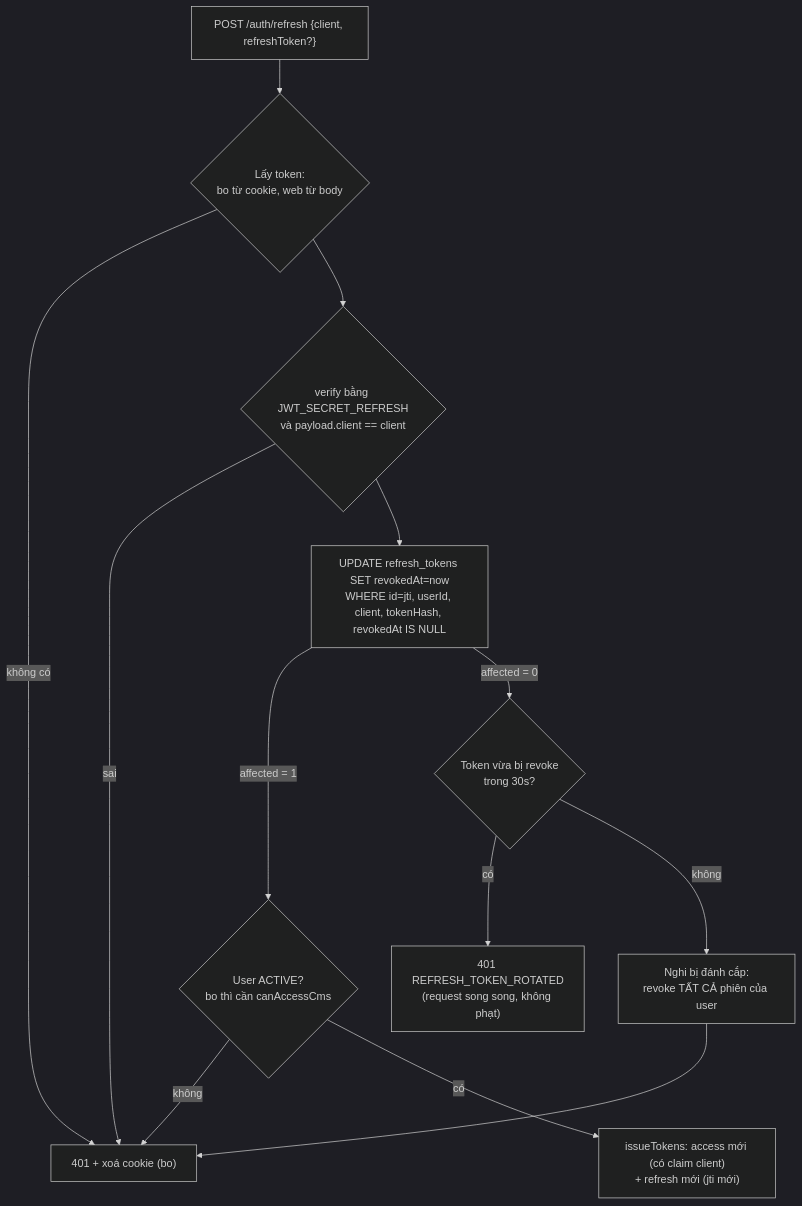
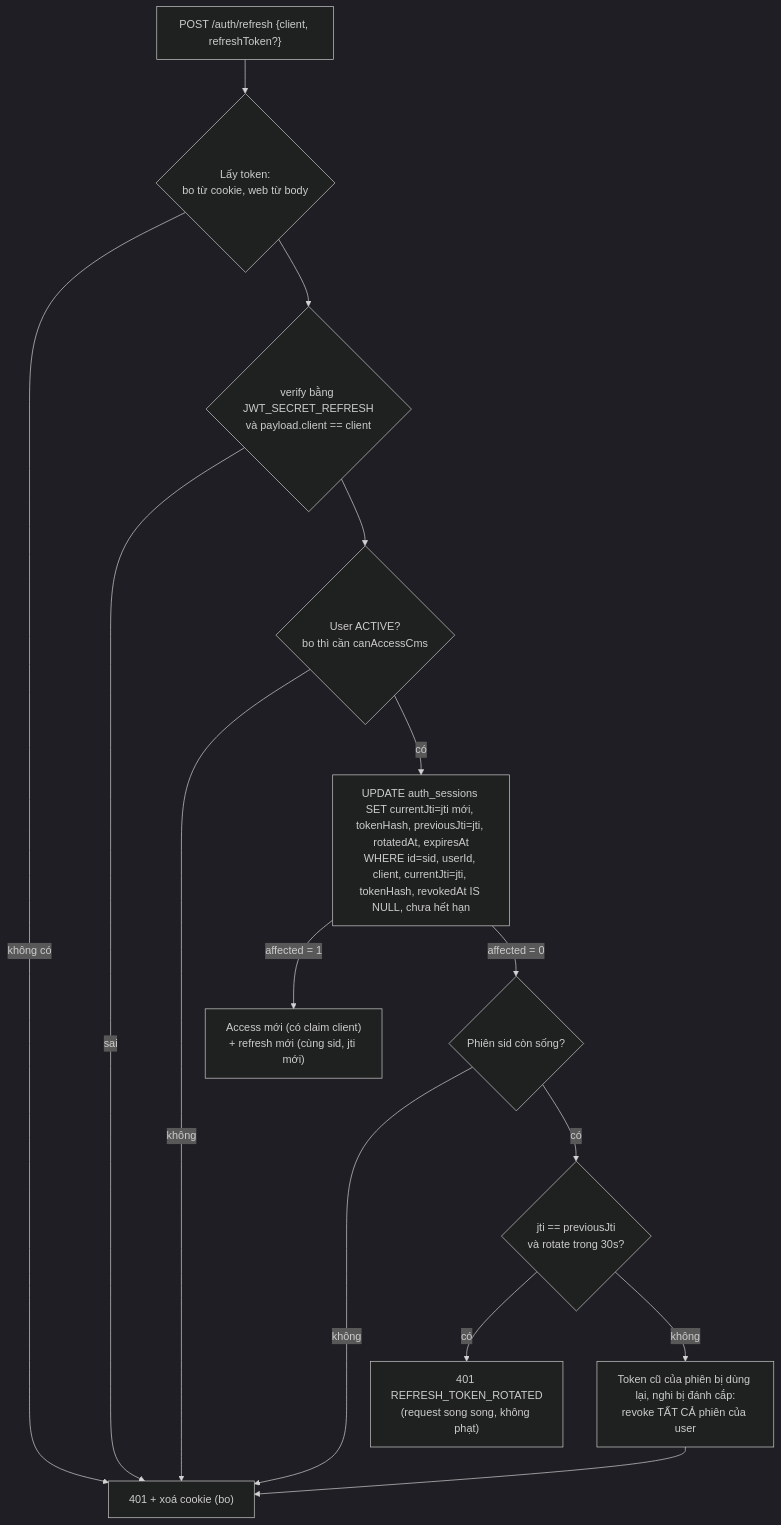
The eighth of 8 diagrams in docs/auth-flow.md (TriThuc2321/english-service), drawn with Mermaid (dark theme) before and after one commit. The commit also changed other lines of this file and 7 other files, not shown here.

````diff
--- a/docs/auth-flow.md
+++ b/docs/auth-flow.md
@@ -195,14 +195,16 @@
 ```mermaid
 flowchart TD
   A["POST /auth/refresh {client, refreshToken?}"] --> B{"Lấy token:<br/>bo từ cookie, web từ body"}
   B -->|không có| X401["401 + xoá cookie (bo)"]
   B --> C{"verify bằng JWT_SECRET_REFRESH<br/>và payload.client == client"}
   C -->|sai| X401
-  C --> D["UPDATE refresh_tokens SET revokedAt=now<br/>WHERE id=jti, userId, client, tokenHash, revokedAt IS NULL"]
-  D -->|affected = 1| E{"User ACTIVE?<br/>bo thì cần canAccessCms"}
+  C --> E{"User ACTIVE?<br/>bo thì cần canAccessCms"}
   E -->|không| X401
-  E -->|có| F["issueTokens: access mới (có claim client)<br/>+ refresh mới (jti mới)"]
-  D -->|affected = 0| G{"Token vừa bị revoke<br/>trong 30s?"}
+  E -->|có| D["UPDATE auth_sessions SET currentJti=jti mới, tokenHash, previousJti=jti, rotatedAt, expiresAt<br/>WHERE id=sid, userId, client, currentJti=jti, tokenHash, revokedAt IS NULL, chưa hết hạn"]
+  D -->|affected = 1| F["Access mới (có claim client)<br/>+ refresh mới (cùng sid, jti mới)"]
+  D -->|affected = 0| S{"Phiên sid còn sống?"}
+  S -->|không| X401
+  S -->|có| G{"jti == previousJti<br/>và rotate trong 30s?"}
   G -->|có| R["401 REFRESH_TOKEN_ROTATED<br/>(request song song, không phạt)"]
-  G -->|không| H["Nghi bị đánh cắp:<br/>revoke TẤT CẢ phiên của user"] --> X401
+  G -->|không| H["Token cũ của phiên bị dùng lại, nghi bị đánh cắp:<br/>revoke TẤT CẢ phiên của user"] --> X401
 ```
````
